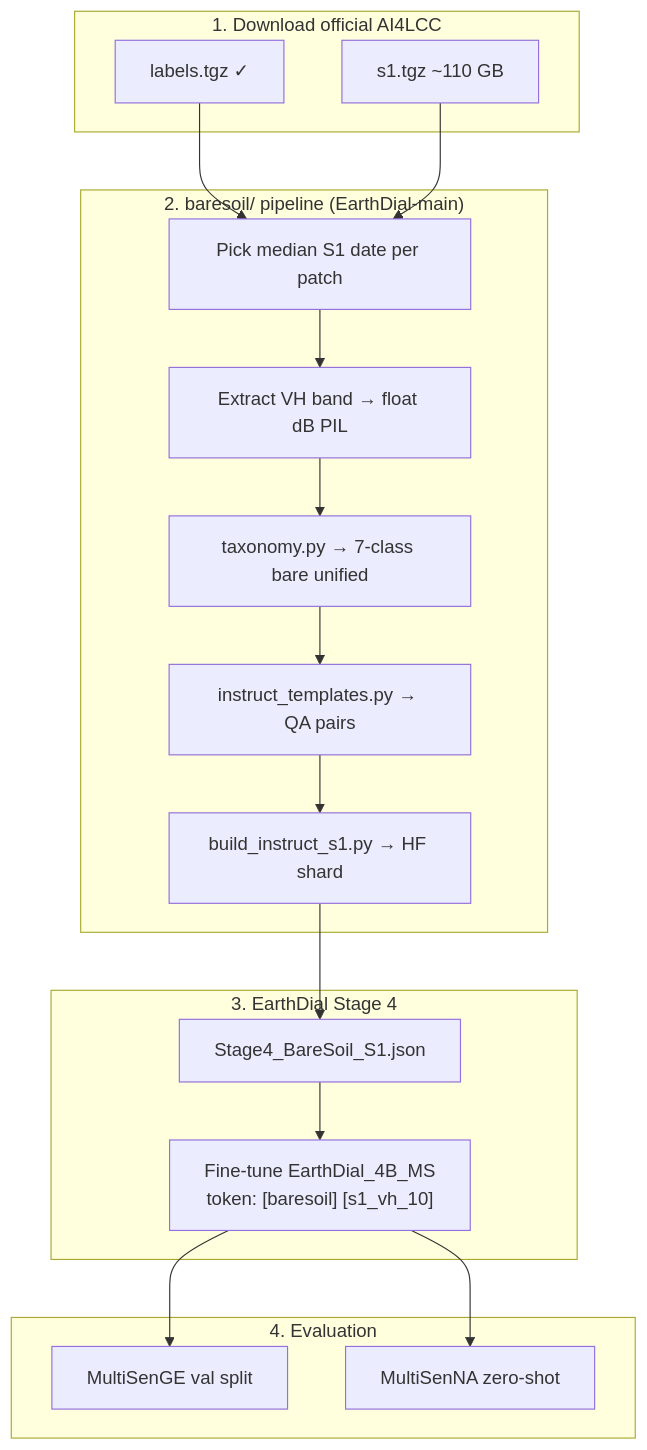
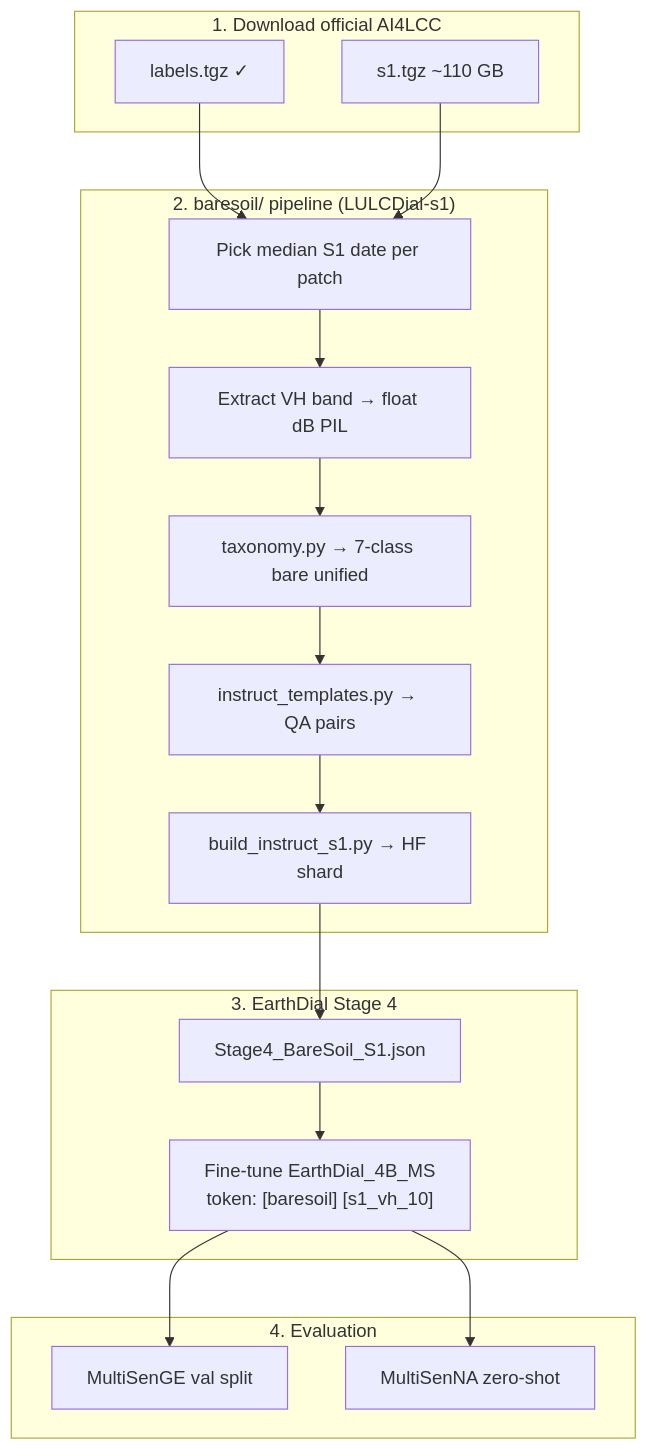
The fifth of 5 diagrams in BenchmarkGuide/AI4LCC/MultiSenGE_AI4LCC_Complete_Analysis.md (Riha-K/MTP), drawn with Mermaid before and after one commit. The commit also changed other lines of this file and 8351 other files, not shown here.

````diff
--- a/BenchmarkGuide/AI4LCC/MultiSenGE_AI4LCC_Complete_Analysis.md
+++ b/BenchmarkGuide/AI4LCC/MultiSenGE_AI4LCC_Complete_Analysis.md
@@ -456,32 +456,32 @@
 ```mermaid
 flowchart TB
     subgraph DOWNLOAD["1. Download official AI4LCC"]
         L["labels.tgz ✓"]
         S1["s1.tgz ~110 GB"]
     end
 
-    subgraph BUILD["2. baresoil/ pipeline (EarthDial-main)"]
+    subgraph BUILD["2. baresoil/ pipeline (LULCDial-s1)"]
         PICK["Pick median S1 date per patch"]
         VH["Extract VH band → float dB PIL"]
         TAX["taxonomy.py → 7-class bare unified"]
         QA["instruct_templates.py → QA pairs"]
         SHARD["build_instruct_s1.py → HF shard"]
     end
 
     subgraph TRAIN["3. EarthDial Stage 4"]
         CFG["Stage4_BareSoil_S1.json"]
         FT["Fine-tune EarthDial_4B_MS<br/>token: [baresoil] [s1_vh_10]"]
     end
 
     subgraph EVAL["4. Evaluation"]
         VAL["MultiSenGE val split"]
         NA["MultiSenNA zero-shot"]
     end
 
     L --> PICK
     S1 --> PICK
     PICK --> VH --> TAX --> QA --> SHARD
     SHARD --> CFG --> FT
     FT --> VAL
     FT --> NA
 ```
````
